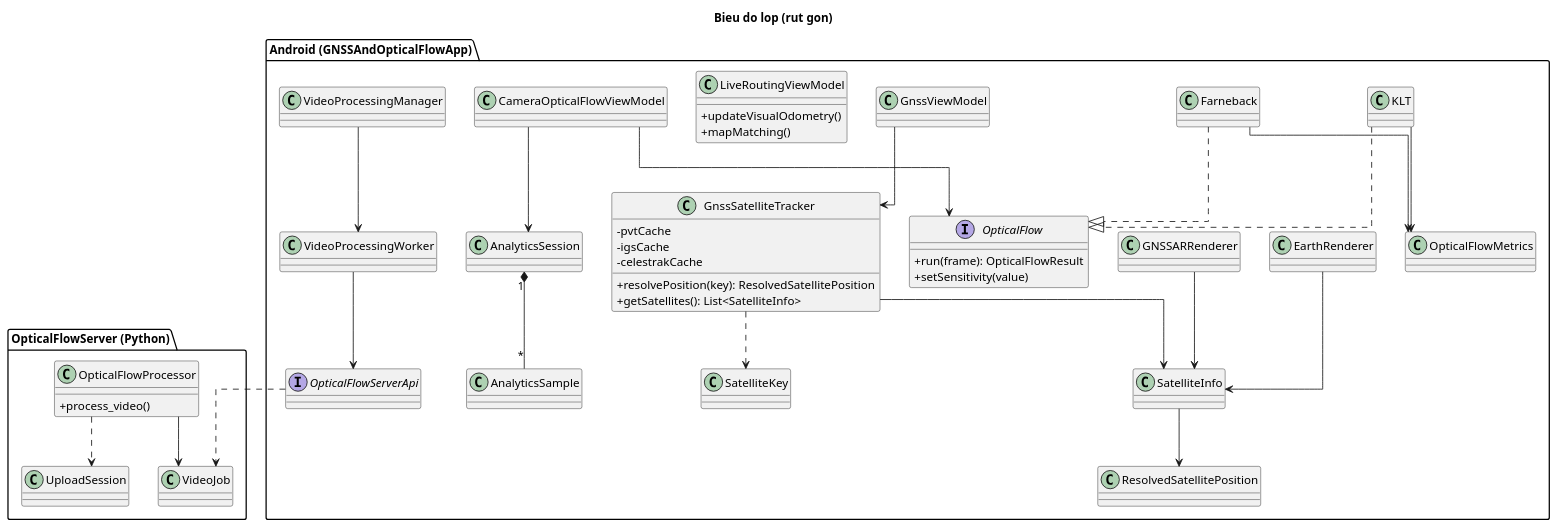
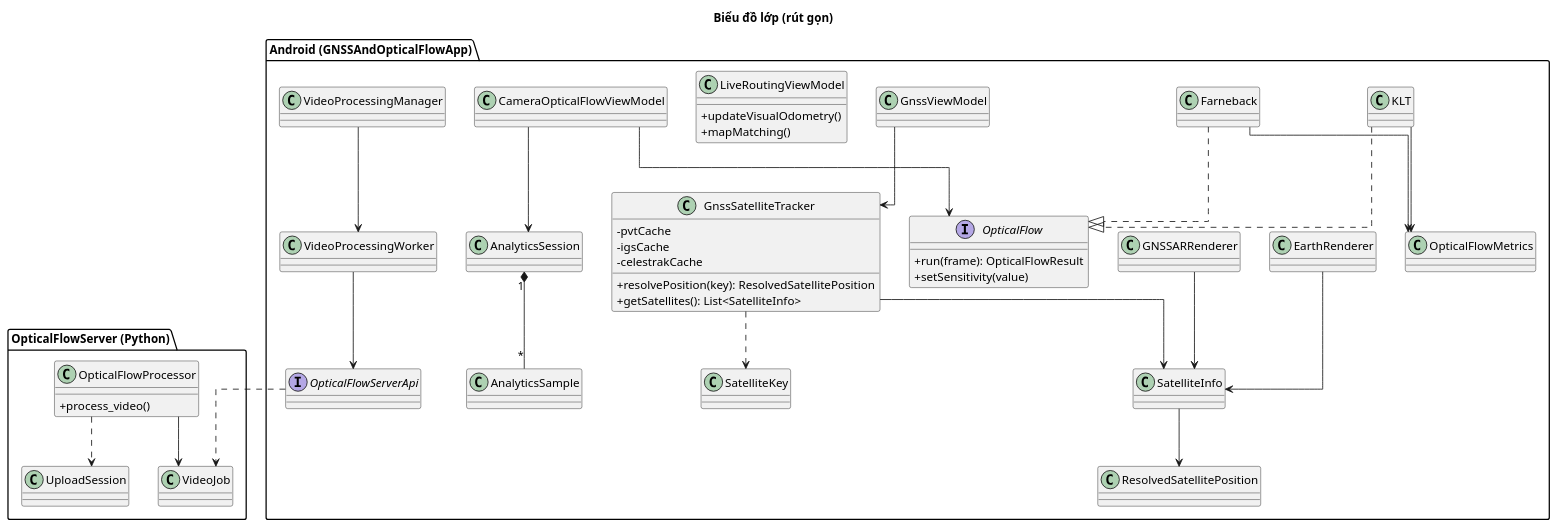
Before and after one commit to thanhmobile080604/My-Thesis-Latex: the diagram in PlantUML/class_diagram.puml, drawn with PlantUML. The commit also changed 47 other files, not shown here.

```diff
--- a/PlantUML/class_diagram.puml
+++ b/PlantUML/class_diagram.puml
@@ -1,72 +1,72 @@
 @startuml class_diagram
 skinparam defaultFontName "Times New Roman"
-title Bieu do lop (rut gon)
+title Biểu đồ lớp (rút gọn)
 skinparam classAttributeIconSize 0
 skinparam linetype ortho
 
 package "Android (GNSSAndOpticalFlowApp)" {
   interface OpticalFlow {
     +run(frame): OpticalFlowResult
     +setSensitivity(value)
   }
   class KLT
   class Farneback
   class OpticalFlowMetrics
 
   class GnssSatelliteTracker {
     -pvtCache
     -igsCache
     -celestrakCache
     +resolvePosition(key): ResolvedSatellitePosition
     +getSatellites(): List<SatelliteInfo>
   }
   class SatelliteInfo
   class ResolvedSatellitePosition
   class SatelliteKey
   class EarthRenderer
   class GNSSARRenderer
 
   class GnssViewModel
   class LiveRoutingViewModel {
     +updateVisualOdometry()
     +mapMatching()
   }
   class CameraOpticalFlowViewModel
   class AnalyticsSession
   class AnalyticsSample
 
   class VideoProcessingManager
   class VideoProcessingWorker
   interface OpticalFlowServerApi
 }
 
 package "OpticalFlowServer (Python)" {
   class OpticalFlowProcessor {
     +process_video()
   }
   class VideoJob
   class UploadSession
 }
 
 KLT ..|> OpticalFlow
 Farneback ..|> OpticalFlow
 KLT --> OpticalFlowMetrics
 Farneback --> OpticalFlowMetrics
 
 CameraOpticalFlowViewModel --> OpticalFlow
 CameraOpticalFlowViewModel --> AnalyticsSession
 AnalyticsSession "1" *-- "*" AnalyticsSample
 
 GnssViewModel --> GnssSatelliteTracker
 GnssSatelliteTracker --> SatelliteInfo
 GnssSatelliteTracker ..> SatelliteKey
 SatelliteInfo --> ResolvedSatellitePosition
 EarthRenderer --> SatelliteInfo
 GNSSARRenderer --> SatelliteInfo
 
 VideoProcessingManager --> VideoProcessingWorker
 VideoProcessingWorker --> OpticalFlowServerApi
 OpticalFlowServerApi ..> VideoJob
 OpticalFlowProcessor --> VideoJob
 OpticalFlowProcessor ..> UploadSession
 @enduml
```
